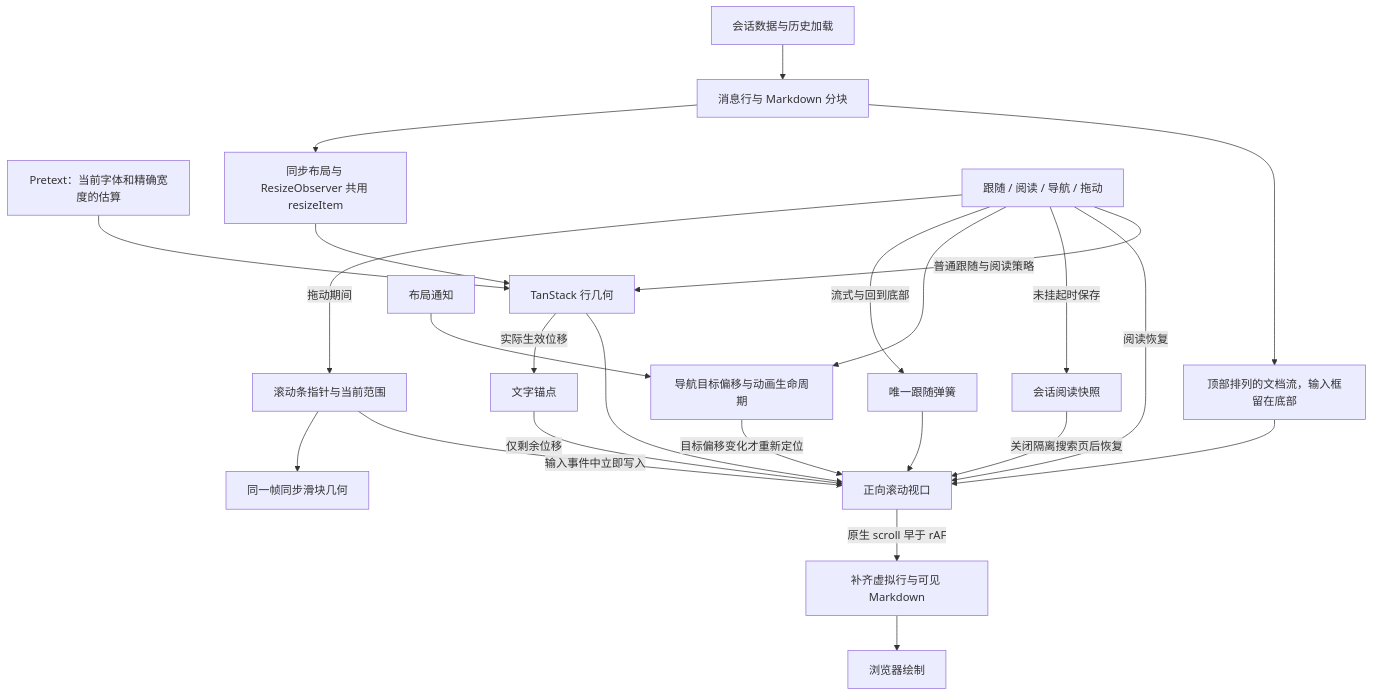
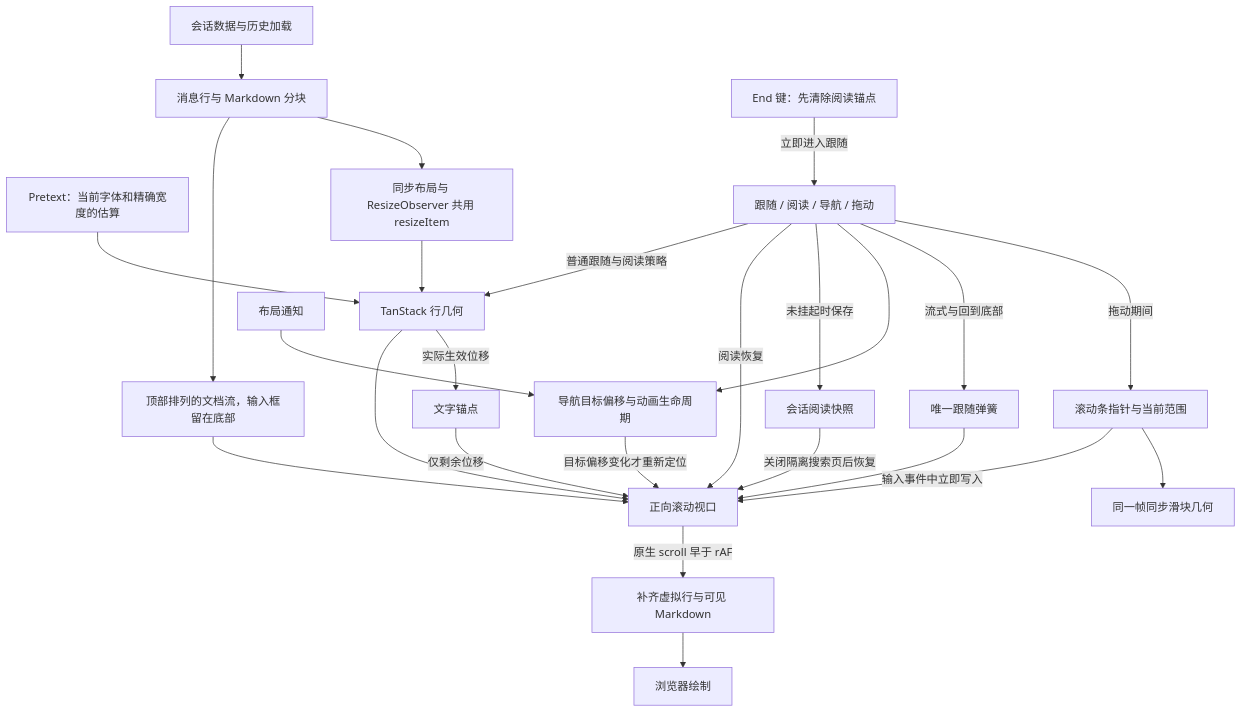
Before and after one commit to wecode-ai/Wegent: the diagram in docs/zh/wegent/developer-guide/wework-message-scroll.md, drawn with Mermaid. The commit also changed other lines of this file and 5 other files, not shown here.

````diff
--- a/docs/zh/wegent/developer-guide/wework-message-scroll.md
+++ b/docs/zh/wegent/developer-guide/wework-message-scroll.md
@@ -9,26 +9,27 @@
 ```mermaid
 flowchart TD
   Messages[会话数据与历史加载] --> Rows[消息行与 Markdown 分块]
   Rows --> Flow[顶部排列的文档流，输入框留在底部]
   Flow --> Viewport
   Pretext[Pretext：当前字体和精确宽度的估算] --> Engine[TanStack 行几何]
   Rows --> Measure[同步布局与 ResizeObserver 共用 resizeItem]
   Measure --> Engine
   Engine --> Viewport[正向滚动视口]
   Controller[跟随 / 阅读 / 导航 / 拖动] -->|普通跟随与阅读策略| Engine
+  End[End 键：先清除阅读锚点] -->|立即进入跟随| Controller
   Controller -->|阅读恢复| Viewport
   Controller -->|未挂起时保存| Snapshot[会话阅读快照]
   Snapshot -->|关闭隔离搜索页后恢复| Viewport
   Controller --> Navigation[导航目标偏移与动画生命周期]
   Layout[布局通知] --> Navigation
   Navigation -->|目标偏移变化才重新定位| Viewport
   Controller -->|流式与回到底部| Spring[唯一跟随弹簧]
   Controller -->|拖动期间| Pointer[滚动条指针与当前范围]
   Pointer -->|输入事件中立即写入| Viewport
   Pointer --> Thumb[同一帧同步滑块几何]
   Viewport -->|原生 scroll 早于 rAF| Coverage[补齐虚拟行与可见 Markdown]
   Coverage --> Paint[浏览器绘制]
   Engine -->|实际生效位移| TextAnchor[文字锚点]
   TextAnchor -->|仅剩余位移| Viewport
   Spring --> Viewport
 ```
````
